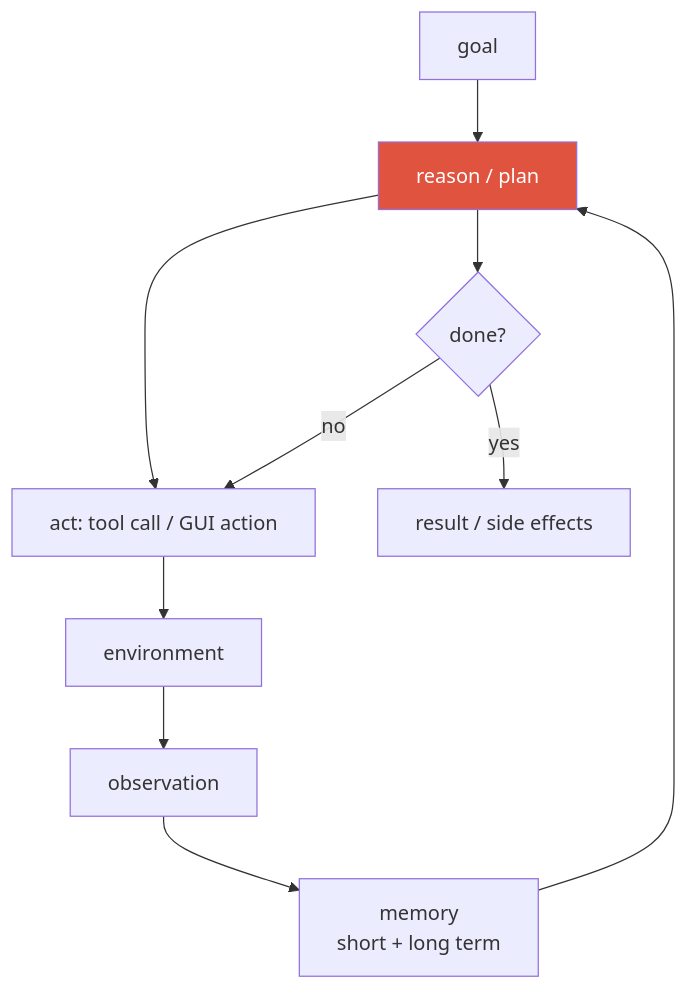
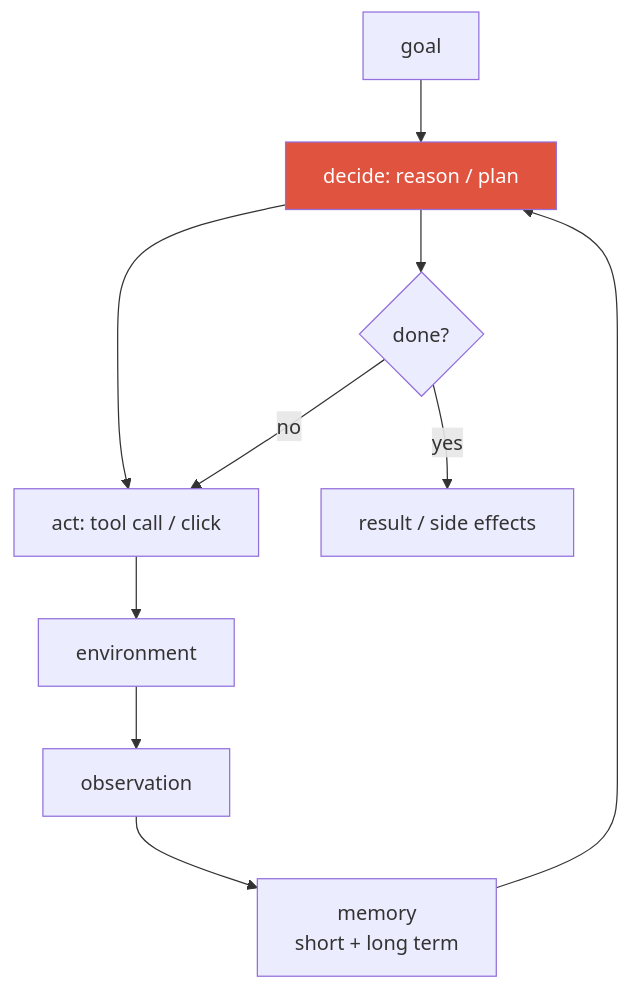
The first of 3 diagrams in content/llm/agents.md (beomyoung-kim/ml_study), drawn with Mermaid before and after one commit. The commit also changed other lines of this file and 209 other files, not shown here.

````diff
--- a/content/llm/agents.md
+++ b/content/llm/agents.md
@@ -8,13 +46,13 @@
 ```mermaid
 flowchart TB
-  G["goal"] --> Plan["reason / plan"]
-  Plan --> Act["act: tool call / GUI action"]
+  G["goal"] --> Plan["decide: reason / plan"]
+  Plan --> Act["act: tool call / click"]
   Act --> Env["environment"]
   Env --> Obs["observation"]
   Obs --> Mem["memory<br/>short + long term"]
   Mem --> Plan
   Plan --> Done{"done?"}
   Done -->|no| Act
   Done -->|yes| Out["result / side effects"]
   style Plan fill:#e0533f,color:#fff
 ```
````
